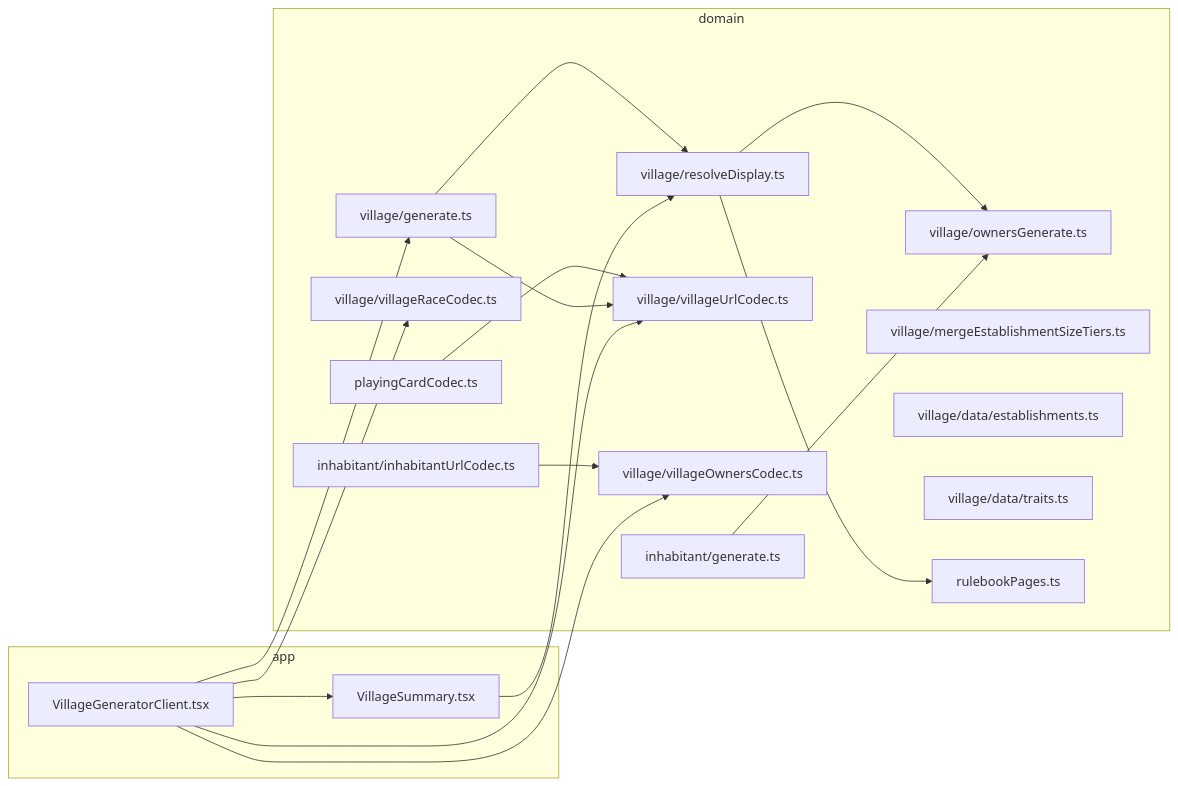
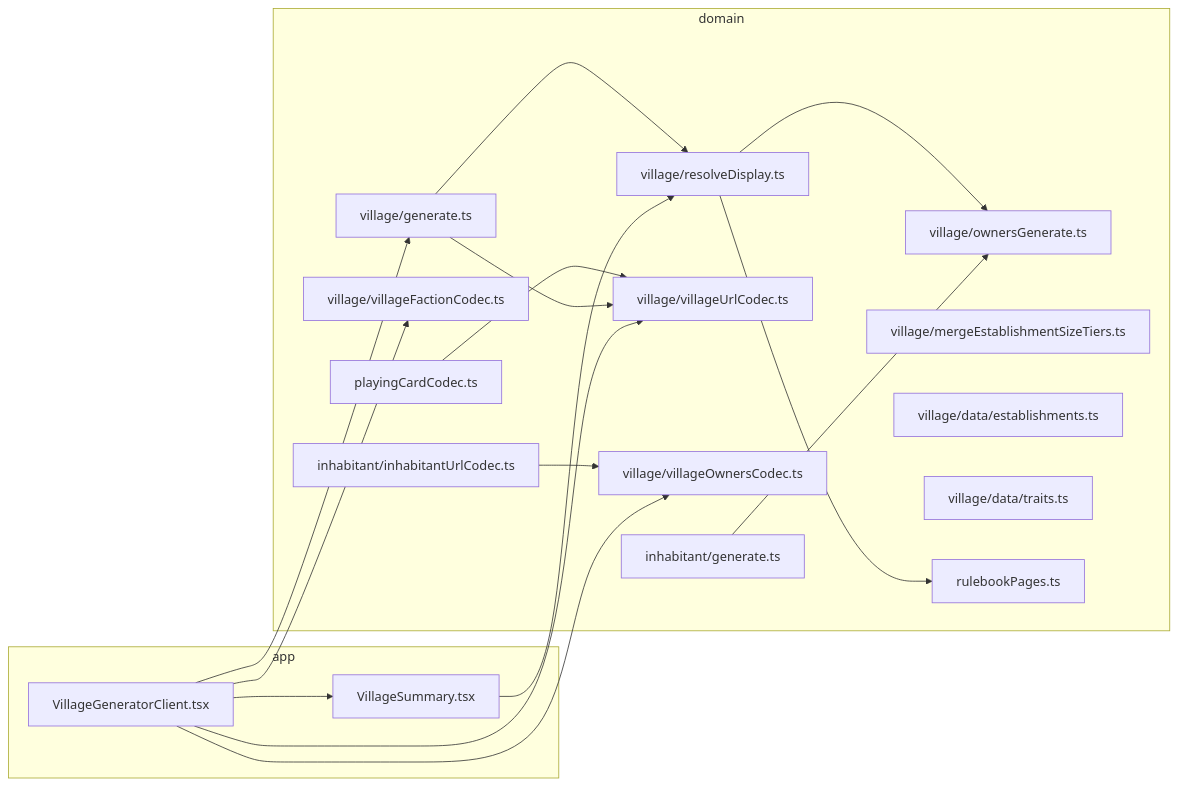
One commit to KittyGiraudel/ProMe changed the diagram in docs/village-builder.md. Above: the diagram before and after it, drawn with Mermaid. The commit also changed other lines of this file and 26 other files, not shown here.

Commit message:
Rename race to faction

````diff
--- a/docs/village-builder.md
+++ b/docs/village-builder.md
@@ -102,35 +102,35 @@
 ```mermaid
 flowchart LR
   subgraph domain
     vgen["village/generate.ts"]
     res["village/resolveDisplay.ts"]
     vurl["village/villageUrlCodec.ts"]
     vown["village/villageOwnersCodec.ts"]
-    vrace["village/villageRaceCodec.ts"]
+    vfaction["village/villageFactionCodec.ts"]
     ownGen["village/ownersGenerate.ts"]
     merge["village/mergeEstablishmentSizeTiers.ts"]
     est["village/data/establishments.ts"]
     tr["village/data/traits.ts"]
     rb["rulebookPages.ts"]
     pc["playingCardCodec.ts"]
     cgen["inhabitant/generate.ts"]
     ccodec["inhabitant/inhabitantUrlCodec.ts"]
   end
   subgraph app
     client["VillageGeneratorClient.tsx"]
     summary["VillageSummary.tsx"]
   end
   pc --> vurl
   vgen --> vurl
   res --> ownGen
   res --> rb
   vgen --> res
   cgen --> ownGen
   ccodec --> vown
   client --> vgen
   client --> vurl
   client --> vown
-  client --> vrace
+  client --> vfaction
   client --> summary
   summary --> res
 ```
````
